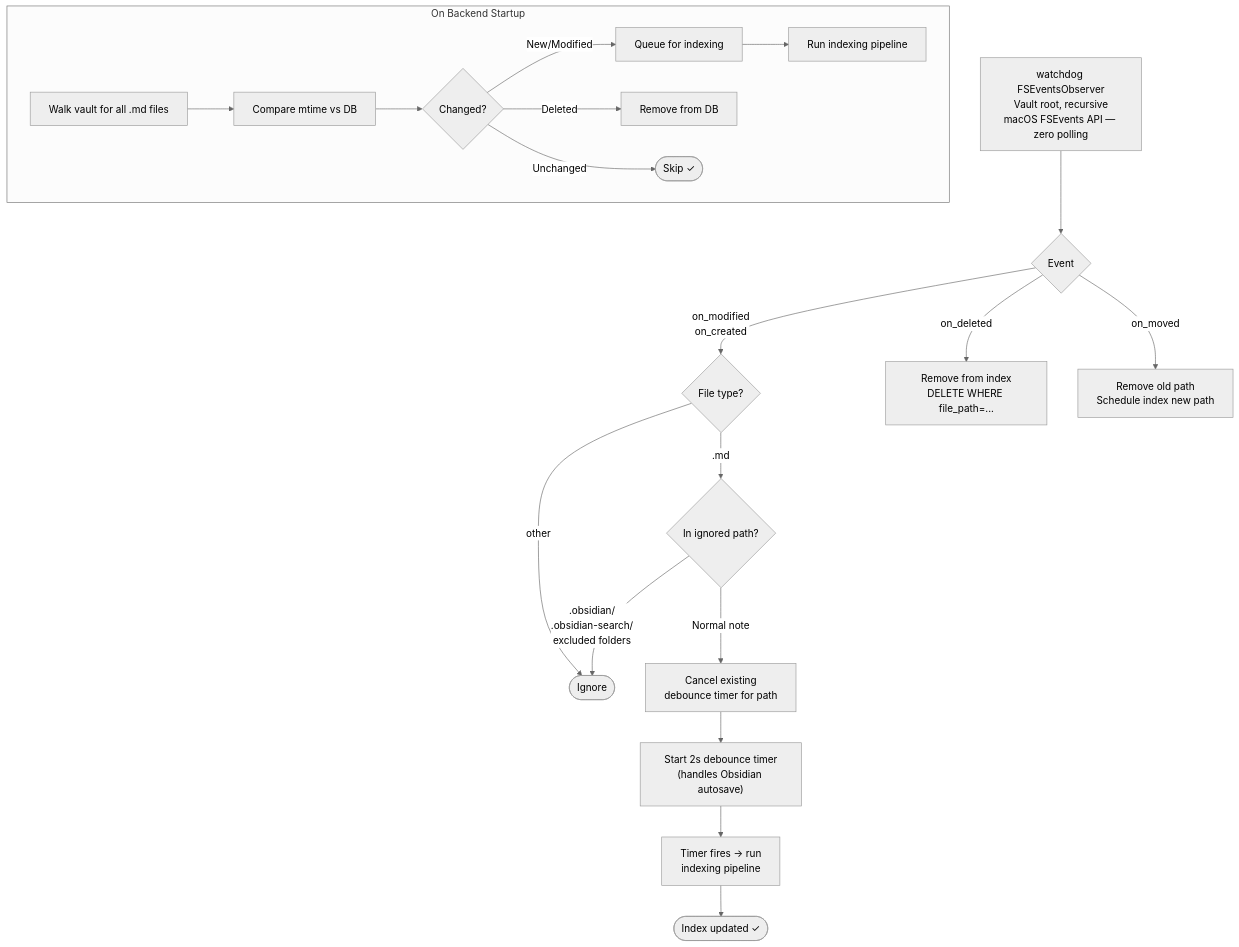
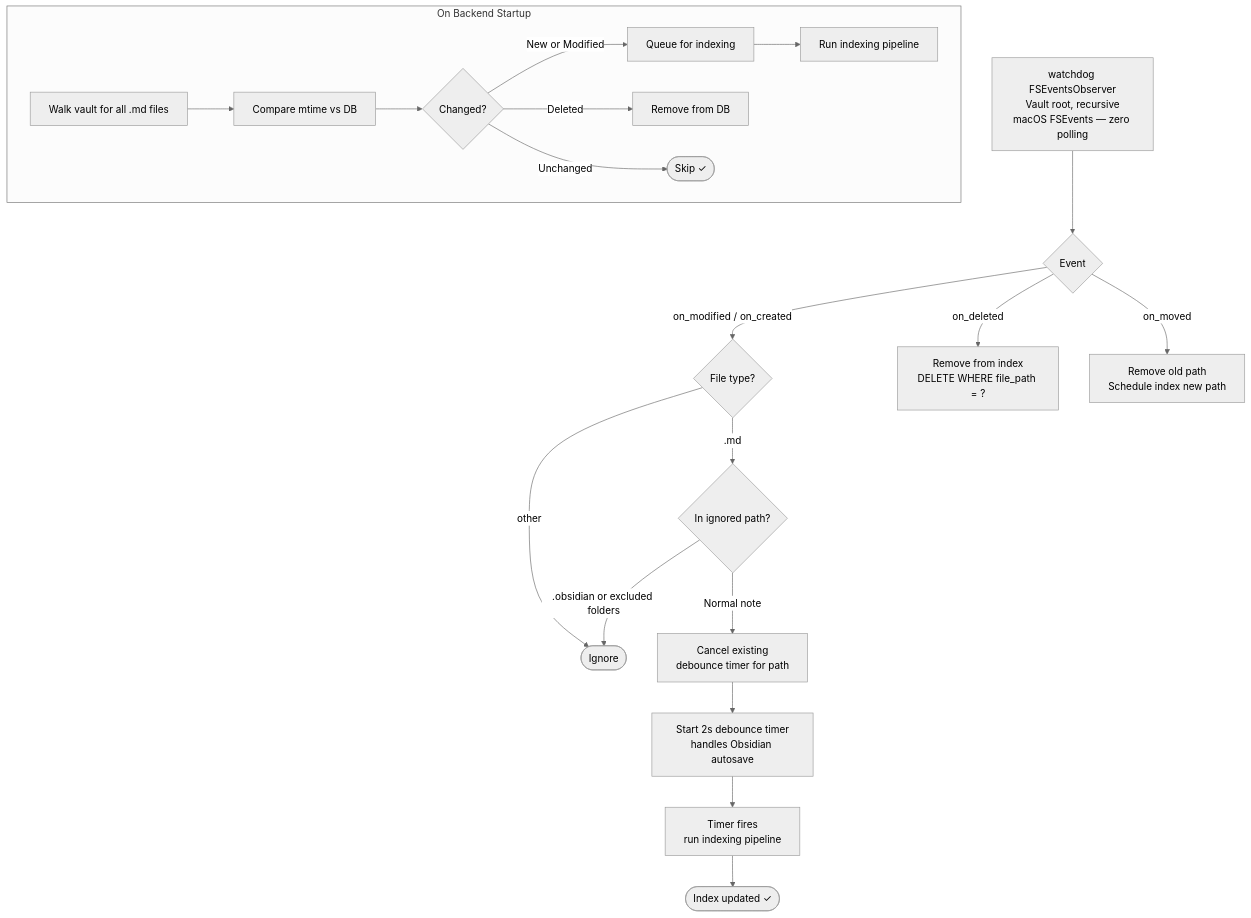
The seventh of 7 diagrams in docs/userflows.md (unnitin/obsidian-mcp), drawn with Mermaid (neutral theme) before and after one commit. The commit also changed other lines of this file and 8 other files, not shown here.

````diff
--- a/docs/userflows.md
+++ b/docs/userflows.md
@@ -266,27 +267,27 @@
 ```mermaid
 flowchart TD
-    A["watchdog FSEventsObserver\nVault root, recursive\nmacOS FSEvents API — zero polling"] --> B{Event}
+    A["watchdog FSEventsObserver<br/>Vault root, recursive<br/>macOS FSEvents — zero polling"] --> B{Event}
 
-    B -->|"on_modified\non_created"| C{File type?}
-    B -->|"on_deleted"| D["Remove from index\nDELETE WHERE file_path=..."]
-    B -->|"on_moved"| E["Remove old path\nSchedule index new path"]
+    B -->|"on_modified / on_created"| C{File type?}
+    B -->|"on_deleted"| D["Remove from index<br/>DELETE WHERE file_path = ?"]
+    B -->|"on_moved"| E["Remove old path<br/>Schedule index new path"]
 
     C -->|".md"| F{In ignored path?}
     C -->|"other"| G(["Ignore"])
 
-    F -->|".obsidian/\n.obsidian-search/\nexcluded folders"| G
-    F -->|"Normal note"| H["Cancel existing\ndebounce timer for path"]
+    F -->|".obsidian or excluded folders"| G
+    F -->|"Normal note"| H["Cancel existing<br/>debounce timer for path"]
 
-    H --> I["Start 2s debounce timer\n(handles Obsidian autosave)"]
-    I --> J["Timer fires → run\nindexing pipeline"]
+    H --> I["Start 2s debounce timer<br/>handles Obsidian autosave"]
+    I --> J["Timer fires<br/>run indexing pipeline"]
     J --> K(["Index updated ✓"])
 
     subgraph Startup ["On Backend Startup"]
         S1["Walk vault for all .md files"] --> S2["Compare mtime vs DB"]
         S2 --> S3{Changed?}
-        S3 -->|"New/Modified"| S4["Queue for indexing"]
+        S3 -->|"New or Modified"| S4["Queue for indexing"]
         S3 -->|"Deleted"| S5["Remove from DB"]
         S3 -->|"Unchanged"| S6(["Skip ✓"])
         S4 --> S7["Run indexing pipeline"]
     end
 ```
````
